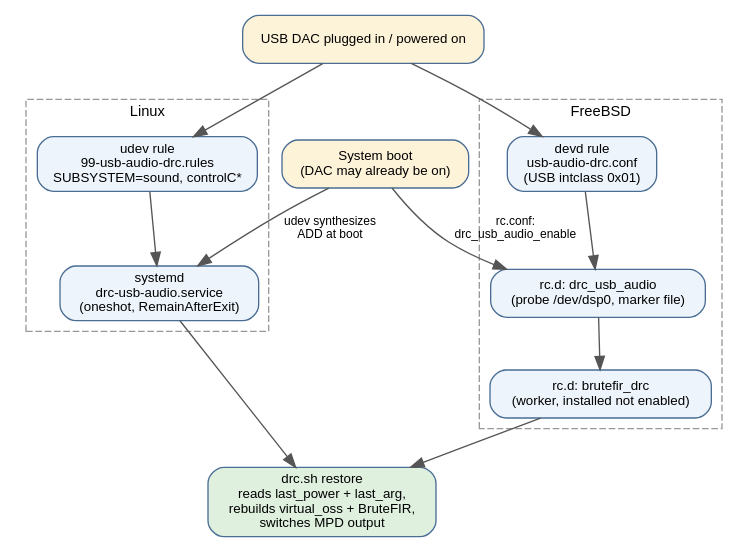
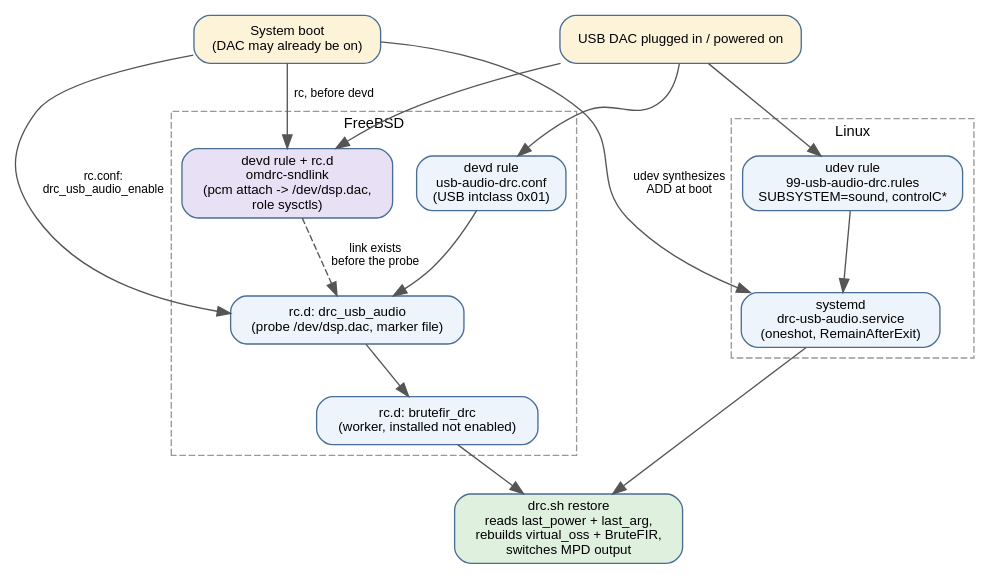
The diagram in doc/pdf/diagrams/chain-hotplug.dot (delleceste/open-media-drc), drawn with Graphviz before and after one commit. The commit also changed 55 other files, not shown here.

```diff
--- a/doc/pdf/diagrams/chain-hotplug.dot
+++ b/doc/pdf/diagrams/chain-hotplug.dot
@@ -1,30 +1,34 @@
 // USB DAC hotplug automation, Linux (udev/systemd) and FreeBSD (devd/rc.d).
 digraph chain_hotplug {
     rankdir=TB;
     fontname="Helvetica";
     node [fontname="Helvetica", fontsize=10, shape=box, style="rounded,filled", fillcolor="#eef4fb", color="#4a6d94"];
     edge [fontname="Helvetica", fontsize=9, color="#555555"];
 
     plug [label="USB DAC plugged in / powered on", fillcolor="#fdf3d8"];
     boot [label="System boot\n(DAC may already be on)", fillcolor="#fdf3d8"];
 
     subgraph cluster_linux {
         label="Linux"; fontsize=11; style=dashed; color="#999999";
         udev  [label="udev rule\n99-usb-audio-drc.rules\nSUBSYSTEM=sound, controlC*"];
         svc   [label="systemd\ndrc-usb-audio.service\n(oneshot, RemainAfterExit)"];
     }
 
     subgraph cluster_fbsd {
         label="FreeBSD"; fontsize=11; style=dashed; color="#999999";
         devd  [label="devd rule\nusb-audio-drc.conf\n(USB intclass 0x01)"];
-        rcd   [label="rc.d: drc_usb_audio\n(probe /dev/dsp0, marker file)"];
+        link  [label="devd rule + rc.d\nomdrc-sndlink\n(pcm attach -> /dev/dsp.dac,\nrole sysctls)", fillcolor="#e8e0f4"];
+        rcd   [label="rc.d: drc_usb_audio\n(probe /dev/dsp.dac, marker file)"];
         wrk   [label="rc.d: brutefir_drc\n(worker, installed not enabled)"];
     }
 
     restore [label="drc.sh restore\nreads last_power + last_arg,\nrebuilds virtual_oss + BruteFIR,\nswitches MPD output", fillcolor="#dff0df"];
 
     plug -> udev -> svc -> restore;
+    plug -> link;
+    boot -> link [label="rc, before devd"];
     plug -> devd -> rcd -> wrk -> restore;
+    link -> rcd [style=dashed, label="link exists\nbefore the probe"];
     boot -> svc [label="udev synthesizes\nADD at boot"];
     boot -> rcd [label="rc.conf:\ndrc_usb_audio_enable"];
 }
```
